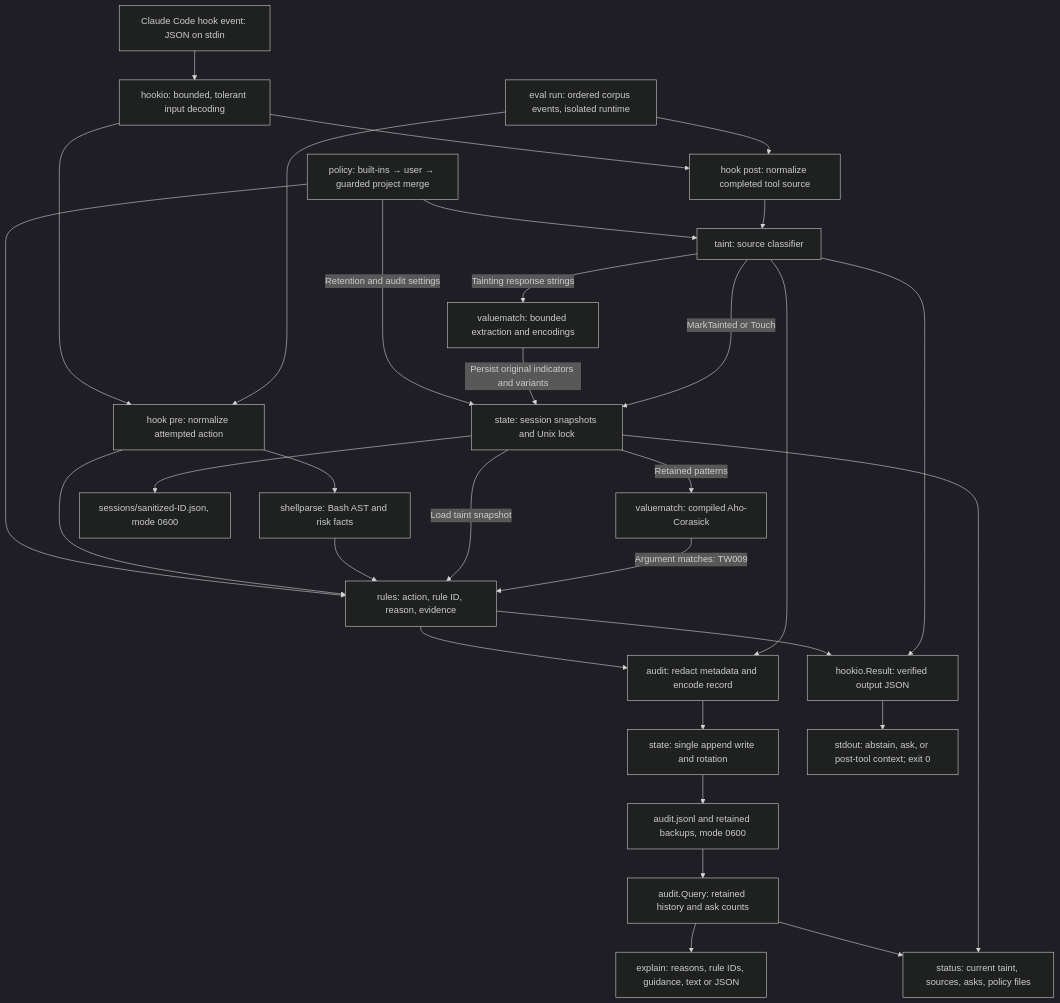
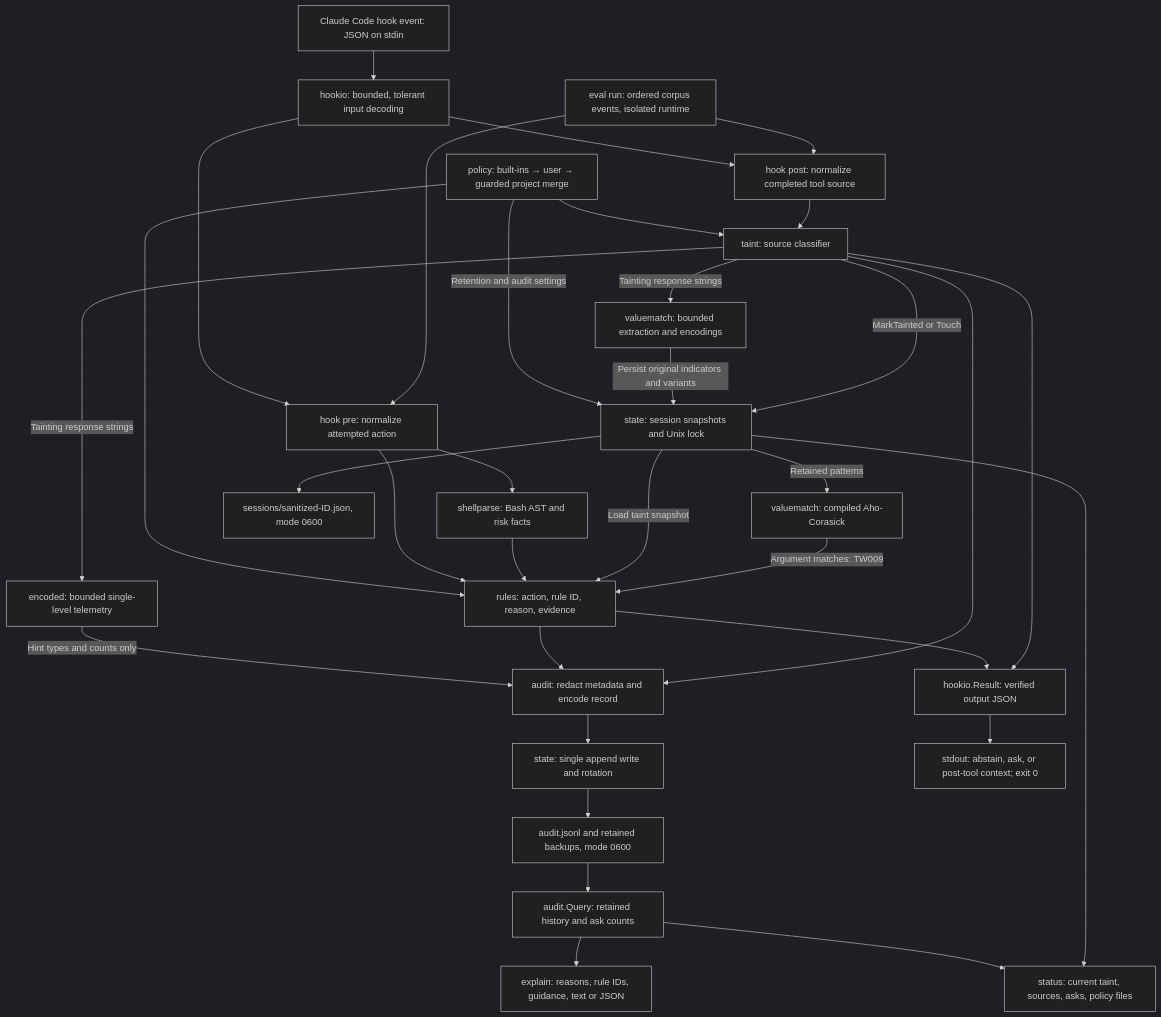
One commit to ratuhin1122/taintwatch changed the diagram in docs/ARCHITECTURE.md. Above: the diagram before and after it, drawn with Mermaid (dark theme). The commit also changed other lines of this file and 21 other files, not shown here.

Commit message:
feat: add evaluation reporting, audit logging, and encoded content detection modules

````diff
--- a/docs/ARCHITECTURE.md
+++ b/docs/ARCHITECTURE.md
@@ -8,33 +8,35 @@
 ```mermaid
 flowchart TD
     Claude["Claude Code hook event: JSON on stdin"] --> Input["hookio: bounded, tolerant input decoding"]
     Input --> Pre["hook pre: normalize attempted action"]
     Input --> Post["hook post: normalize completed tool source"]
     Eval["eval run: ordered corpus events, isolated runtime"] --> Pre
     Eval --> Post
     Policy["policy: built-ins → user → guarded project merge"] --> Rules
     Policy --> Taint
     Policy -->|"Retention and audit settings"| State
     Pre --> Shell["shellparse: Bash AST and risk facts"]
     Pre --> Rules["rules: action, rule ID, reason, evidence"]
     Shell --> Rules
     State["state: session snapshots and Unix lock"] -->|"Load taint snapshot"| Rules
     Post --> Taint["taint: source classifier"]
     Taint -->|"Tainting response strings"| Values["valuematch: bounded extraction and encodings"]
     Values -->|"Persist original indicators and variants"| State
+    Taint -->|"Tainting response strings"| Encoded["encoded: bounded single-level telemetry"]
+    Encoded -->|"Hint types and counts only"| Audit
     State -->|"Retained patterns"| Matcher["valuematch: compiled Aho-Corasick"]
     Matcher -->|"Argument matches: TW009"| Rules
     Taint -->|"MarkTainted or Touch"| State
     Rules --> Audit["audit: redact metadata and encode record"]
     Taint --> Audit
     Audit --> Store["state: single append write and rotation"]
     Store --> Log["audit.jsonl and retained backups, mode 0600"]
     Rules --> Result["hookio.Result: verified output JSON"]
     Taint --> Result
     Result --> Output["stdout: abstain, ask, or post-tool context; exit 0"]
     State --> Sessions["sessions/sanitized-ID.json, mode 0600"]
     Log --> Query["audit.Query: retained history and ask counts"]
     Query --> Explain["explain: reasons, rule IDs, guidance, text or JSON"]
     Query --> Status["status: current taint, sources, asks, policy files"]
     State --> Status
 ```
````
